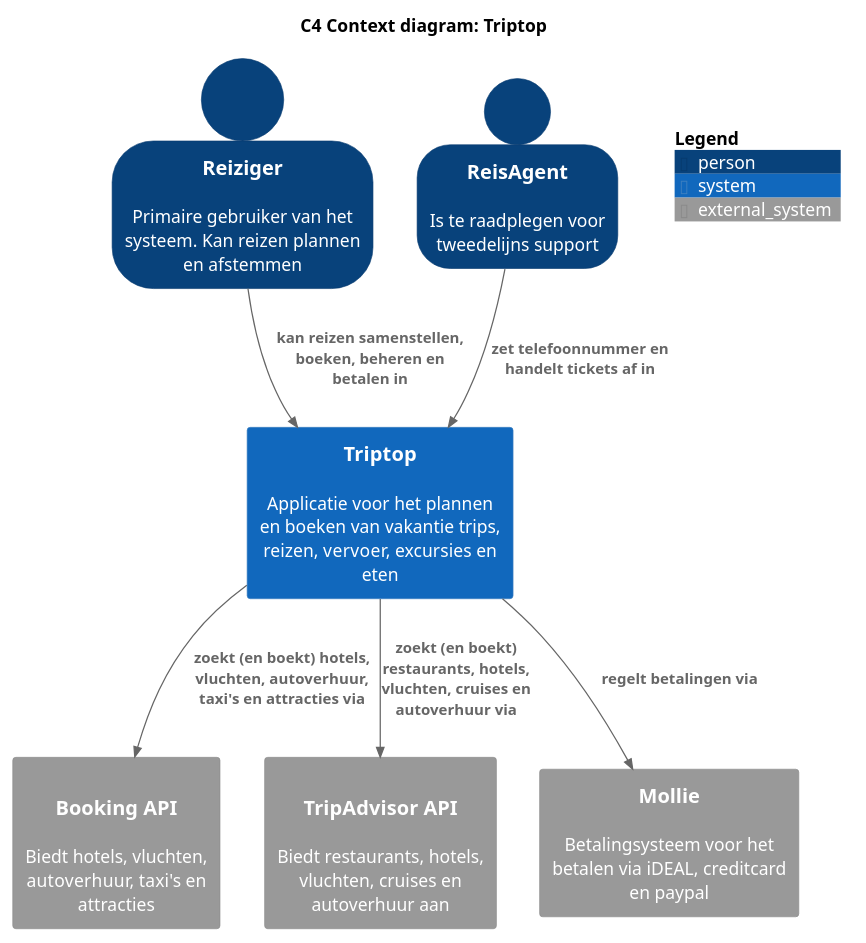
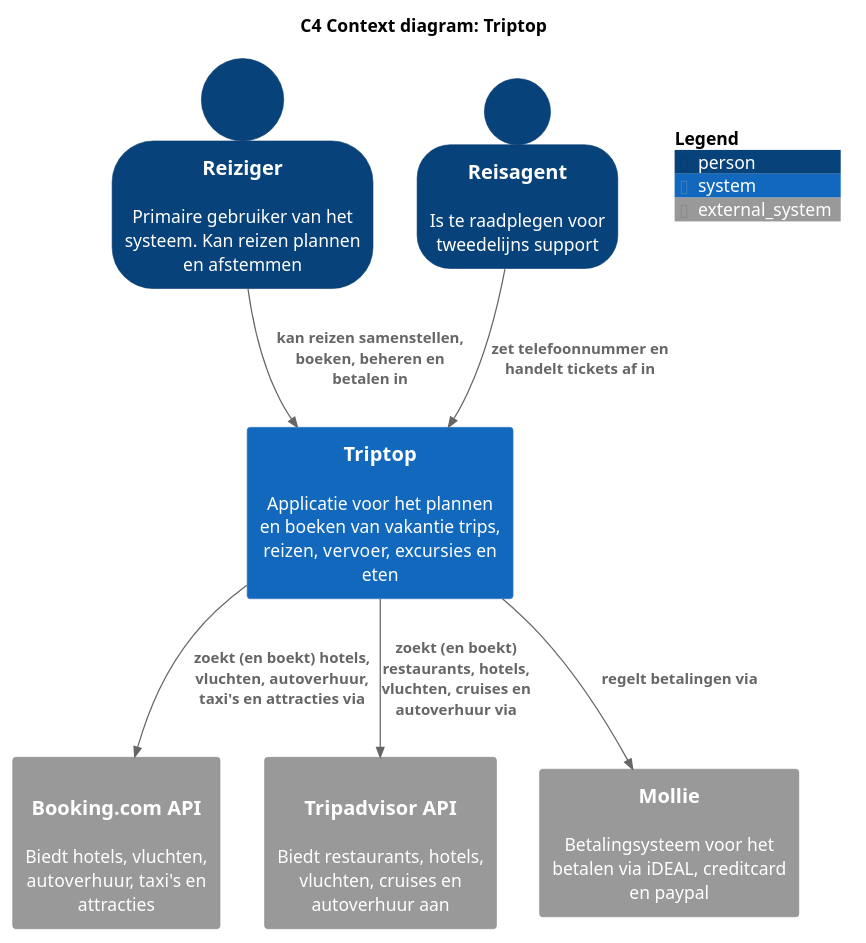
Before and after one commit to AIM-ENE-feb25/triptop-groep-4-jochem-roald-stijn-a: the diagram in software-guidebook/sgb-bestanden/context-diagram.puml, drawn with PlantUML. The commit also changed 19 other files, not shown here.

First line of the commit message:
Alle diagrammen rechtgetrokken

```diff
--- a/software-guidebook/sgb-bestanden/context-diagram.puml
+++ b/software-guidebook/sgb-bestanden/context-diagram.puml
@@ -1,39 +1,39 @@
 @startuml
 title C4 Context diagram: Triptop
 !include <C4/C4_Context.puml>
 
 top to bottom direction
 
 SHOW_PERSON_OUTLINE()
 
 Person(reiziger, "Reiziger", "Primaire gebruiker van het systeem. Kan reizen plannen en afstemmen")
-Person(reisagent, "ReisAgent", "Is te raadplegen voor tweedelijns support")
+Person(reisagent, "Reisagent", "Is te raadplegen voor tweedelijns support")
 
 System(triptop, "Triptop", "Applicatie voor het plannen en boeken van vakantie trips, reizen, vervoer, excursies en eten")
 
 'System_Ext(overnachting, "Overnachting API", "Biedt overnachtingen aan van bijv. Booking.com, Airbnb, eigen beheer")
 'System_Ext(vervoer, "Vervoer tussen overnachtingen API", "Biedt vervoer tussen overnachtingen aan van bijv. treinen via NS of Deutsche Bahn, vliegtuig via KLM")
 'System_Ext(reis, "Heen en terugreis API", "Biedt heen en terugreis aan van bijv. eigen vervoer, KLM shuttle, trein")
 'System_Ext(autohuur, "Autohuur API", "Biedt autoverhuur aan van bijv. huurauto via Sixt, Hertz")
 'System_Ext(activiteiten, "Excursies / activiteiten API", "Biedt excursies en activiteiten aan van bijv. via GetYourGuide, Tripadvisor")
 'System_Ext(eten, "Eten en drinken API", "Biedt restaurants en winkels voor eten en drinken aan van bijv. via Takeaway, Eet.nu")
-System_Ext(booking, "Booking API", "Biedt hotels, vluchten, autoverhuur, taxi's en attracties", "REST")
-System_Ext(tripadvisor, "TripAdvisor API", "Biedt restaurants, hotels, vluchten, cruises en autoverhuur aan", "REST")
+System_Ext(booking, "Booking.com API", "Biedt hotels, vluchten, autoverhuur, taxi's en attracties", "REST")
+System_Ext(tripadvisor, "Tripadvisor API", "Biedt restaurants, hotels, vluchten, cruises en autoverhuur aan", "REST")
 System_Ext(mollie, "Mollie", "Betalingsysteem voor het betalen via iDEAL, creditcard en paypal")
 
 Rel(reiziger, triptop, "kan reizen samenstellen, boeken, beheren en betalen in")
 Rel(reisagent, triptop, "zet telefoonnummer en handelt tickets af in")
 
 'Rel(triptop, overnachting, "Zoekt (en boekt) overnachtingen via")
 'Rel(triptop, vervoer, "Zoekt (en boekt) vervoer tussen overnachtingen via")
 'Rel(triptop, reis, "Zoekt (en boekt) heen en terugreis via")
 'Rel(triptop, autohuur, "Zoekt (en boekt) autohuur via")
 'Rel(triptop, activiteiten, "Zoekt (en boekt) excursies / activiteiten via")
 'Rel(triptop, eten, "Zoekt (en boekt) beschikbare plekken voor eten en drinken via")
 Rel(triptop, booking, "zoekt (en boekt) hotels, vluchten, autoverhuur, taxi's en attracties via")
 Rel(triptop, tripadvisor, "zoekt (en boekt) restaurants, hotels, vluchten, cruises en autoverhuur via")
 Rel(triptop, mollie, "regelt betalingen via")
 
 SHOW_FLOATING_LEGEND()
 
 @enduml
```
